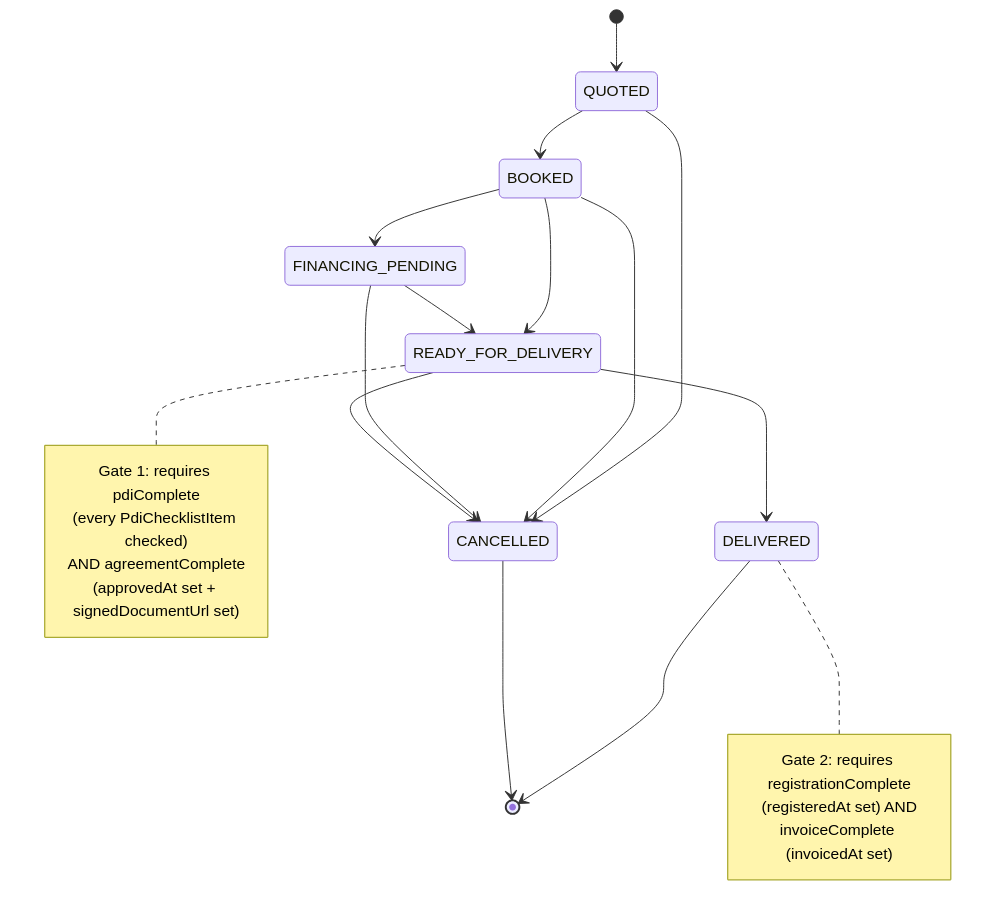
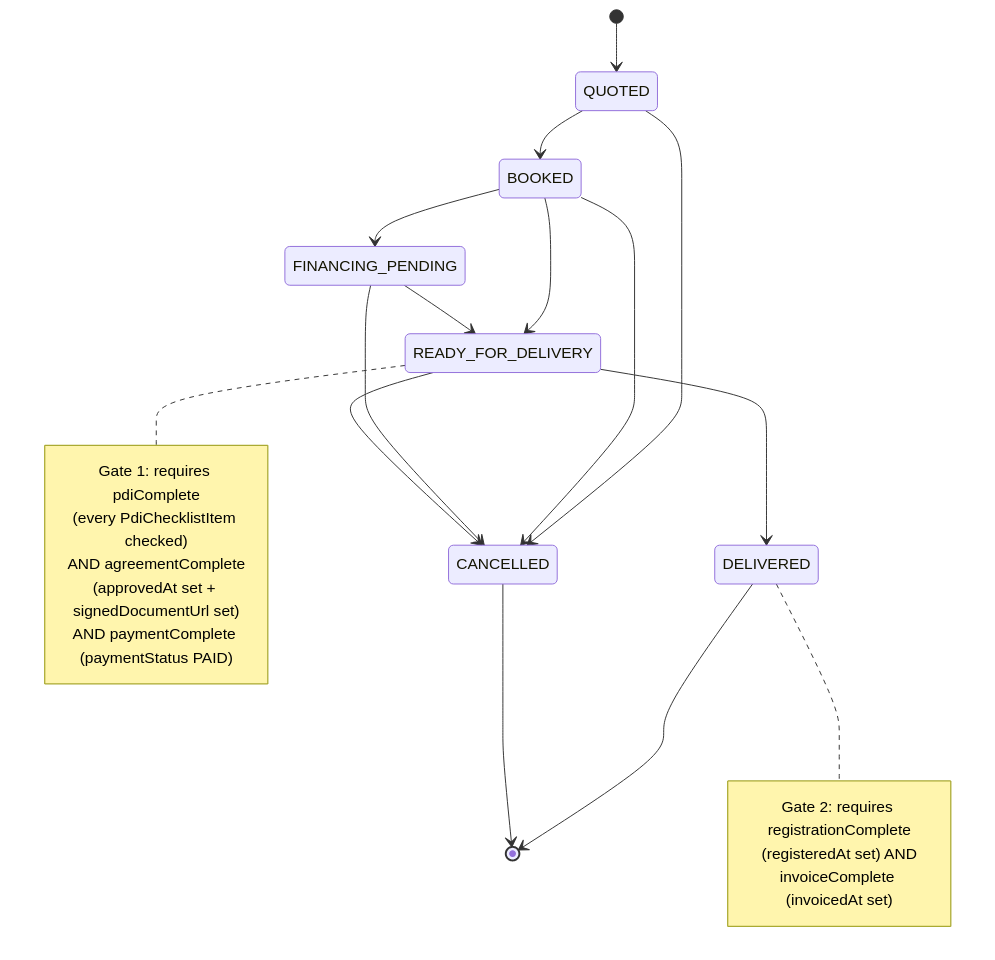
The second of 8 diagrams in SYSTEM-ANALYSIS.md (hirkogemechu474-lang/kerchanshe-geely-ethiopia), drawn with Mermaid before and after one commit. The commit also changed other lines of this file and 3 other files, not shown here.

````diff
--- a/SYSTEM-ANALYSIS.md
+++ b/SYSTEM-ANALYSIS.md
@@ -173,27 +205,28 @@
 ```mermaid
 stateDiagram-v2
     [*] --> QUOTED
     QUOTED --> BOOKED
     QUOTED --> CANCELLED
     BOOKED --> FINANCING_PENDING
     BOOKED --> READY_FOR_DELIVERY
     BOOKED --> CANCELLED
     FINANCING_PENDING --> READY_FOR_DELIVERY
     FINANCING_PENDING --> CANCELLED
     READY_FOR_DELIVERY --> DELIVERED
     READY_FOR_DELIVERY --> CANCELLED
     DELIVERED --> [*]
     CANCELLED --> [*]
 
     note right of READY_FOR_DELIVERY
         Gate 1: requires pdiComplete
         (every PdiChecklistItem checked)
         AND agreementComplete
         (approvedAt set + signedDocumentUrl set)
+        AND paymentComplete (paymentStatus PAID)
     end note
     note right of DELIVERED
         Gate 2: requires registrationComplete
         (registeredAt set) AND
         invoiceComplete (invoicedAt set)
     end note
 ```
````
